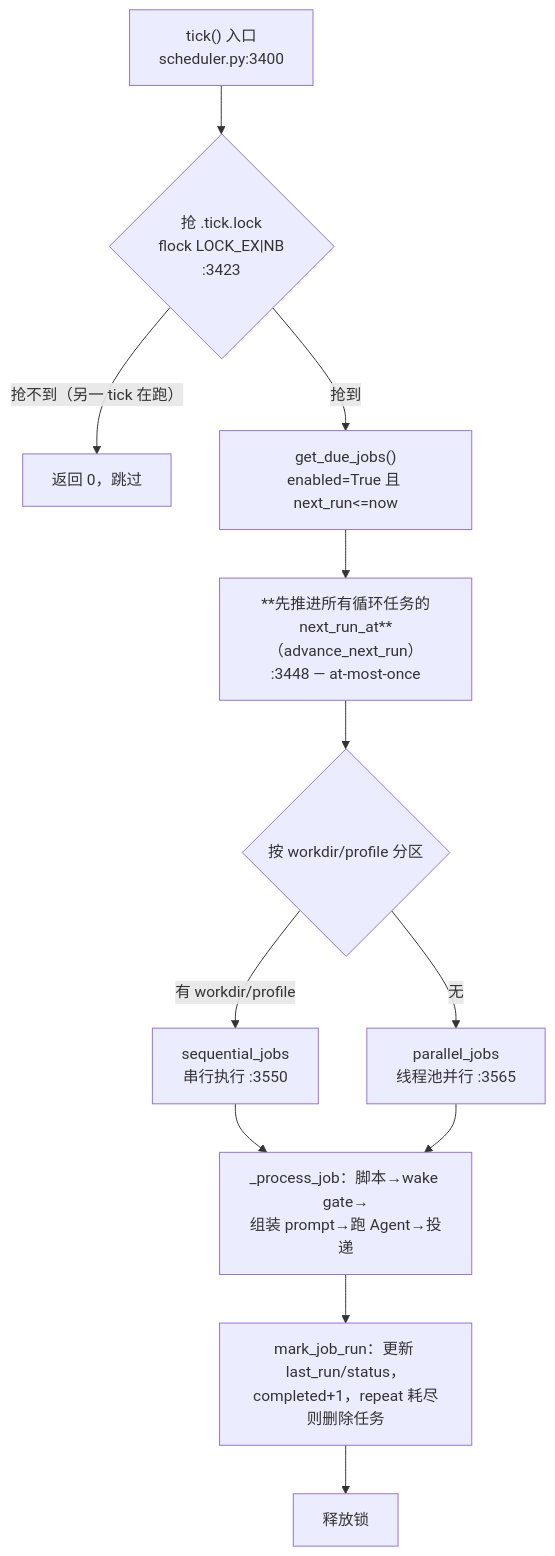
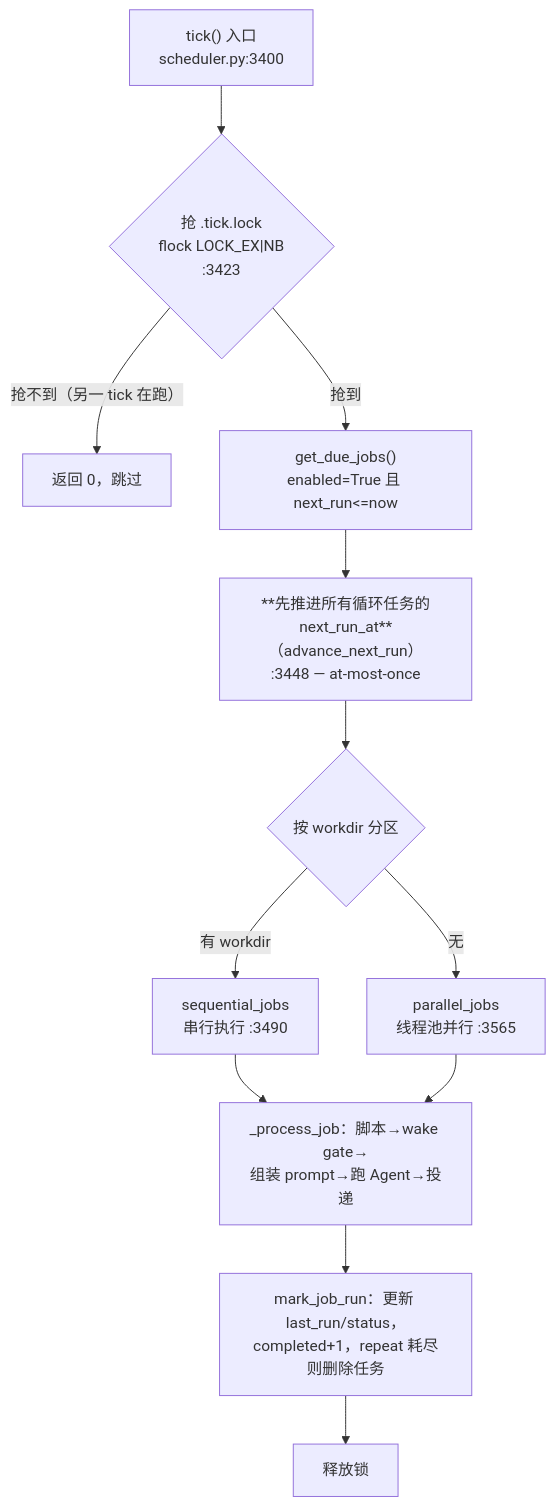
One commit to fang-lin/hermes-agent-code-analysis changed the second of 3 diagrams in docs/zh/11-Cron调度.md. Above: the diagram before and after it, drawn with Mermaid. The commit also changed other lines of this file, not shown here.

````diff
--- a/docs/zh/11-Cron调度.md
+++ b/docs/zh/11-Cron调度.md
@@ -207,14 +207,14 @@
 ```mermaid
 flowchart TD
     START["tick() 入口<br/>scheduler.py:3400"] --> LOCK{"抢 .tick.lock<br/>flock LOCK_EX|NB<br/>:3423"}
     LOCK -->|"抢不到（另一 tick 在跑）"| RET0["返回 0，跳过"]
     LOCK -->|抢到| DUE["get_due_jobs()<br/>enabled=True 且 next_run<=now"]
     DUE --> ADV["**先推进所有循环任务的<br/>next_run_at**（advance_next_run）<br/>:3448 — at-most-once"]
-    ADV --> PART{"按 workdir/profile 分区"}
-    PART -->|"有 workdir/profile"| SEQ["sequential_jobs<br/>串行执行 :3550"]
+    ADV --> PART{"按 workdir 分区"}
+    PART -->|"有 workdir"| SEQ["sequential_jobs<br/>串行执行 :3490"]
     PART -->|"无"| PAR["parallel_jobs<br/>线程池并行 :3565"]
     SEQ --> PROC["_process_job：脚本→wake gate→<br/>组装 prompt→跑 Agent→投递"]
     PAR --> PROC
     PROC --> MARK["mark_job_run：更新 last_run/status，<br/>completed+1，repeat 耗尽则删除任务"]
     MARK --> UNLOCK["释放锁"]
 ```
````
